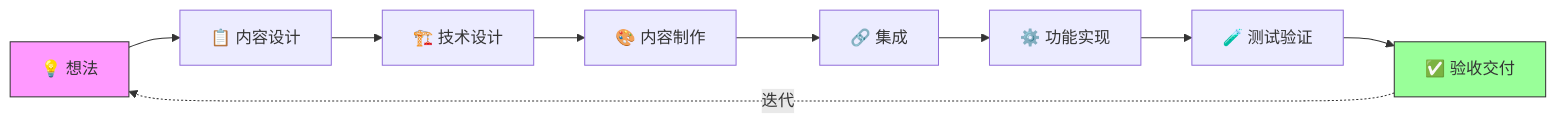
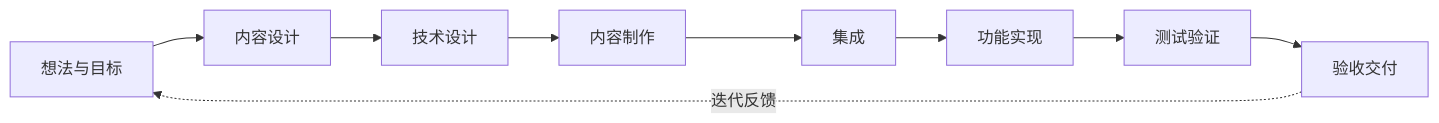
Before and after one commit to gonglei007/GameDevMind: the diagram in mds/5.管理能力/5.1.1.系统开发工作流.md, drawn with Mermaid. The commit also changed 36 other files, not shown here.

First line of the commit message:
docs: 为关键知识文档补充 Mermaid 流程图

````diff
--- a/mds/5.管理能力/5.1.1.系统开发工作流.md
+++ b/mds/5.管理能力/5.1.1.系统开发工作流.md
@@ -32,14 +32,11 @@
 ```mermaid
 flowchart LR
-    A[💡 想法] --> B[📋 内容设计]
-    B --> C[🏗️ 技术设计]
-    C --> D[🎨 内容制作]
-    D --> E[🔗 集成]
-    E --> F[⚙️ 功能实现]
-    F --> G[🧪 测试验证]
-    G --> H[✅ 验收交付]
-    H -.->|迭代| A
-    
-    style A fill:#f9f,stroke:#333
-    style H fill:#9f9,stroke:#333
+    A["想法与目标"] --> B["内容设计"]
+    B --> C["技术设计"]
+    C --> D["内容制作"]
+    D --> E["集成"]
+    E --> F["功能实现"]
+    F --> G["测试验证"]
+    G --> H["验收交付"]
+    H -.迭代反馈.-> A
 ```
````
